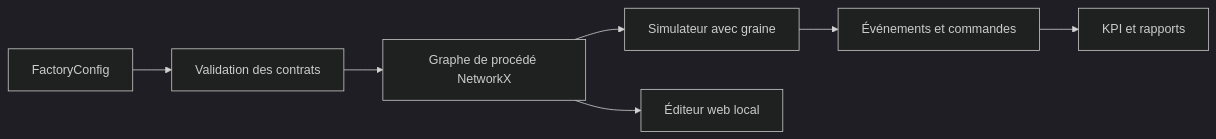
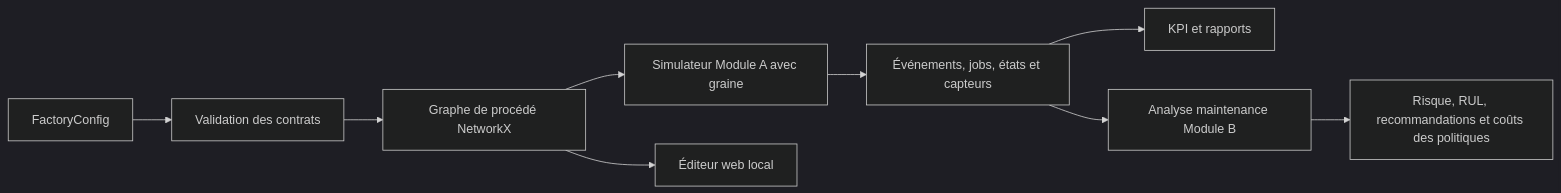
One commit to Mariusppgn/Digital-Tween-4.0-Industry- changed the diagram in docs/architecture_FR.md. Above: the diagram before and after it, drawn with Mermaid (dark theme). The commit also changed other lines of this file and 61 other files, not shown here.

````diff
--- a/docs/architecture_FR.md
+++ b/docs/architecture_FR.md
@@ -18,9 +28,11 @@
 ```mermaid
 flowchart LR
   Config[FactoryConfig] --> Validate[Validation des contrats]
   Validate --> Graph[Graphe de procédé NetworkX]
-  Graph --> Sim[Simulateur avec graine]
+  Graph --> Sim[Simulateur Module A avec graine]
   Graph --> Editor[Éditeur web local]
-  Sim --> Events[Événements et commandes]
-  Events --> KPI[KPI et rapports]
+  Sim --> Ops[Événements, jobs, états et capteurs]
+  Ops --> KPI[KPI et rapports]
+  Ops --> Maint[Analyse maintenance Module B]
+  Maint --> Advice[Risque, RUL, recommandations et coûts des politiques]
 ```
````
